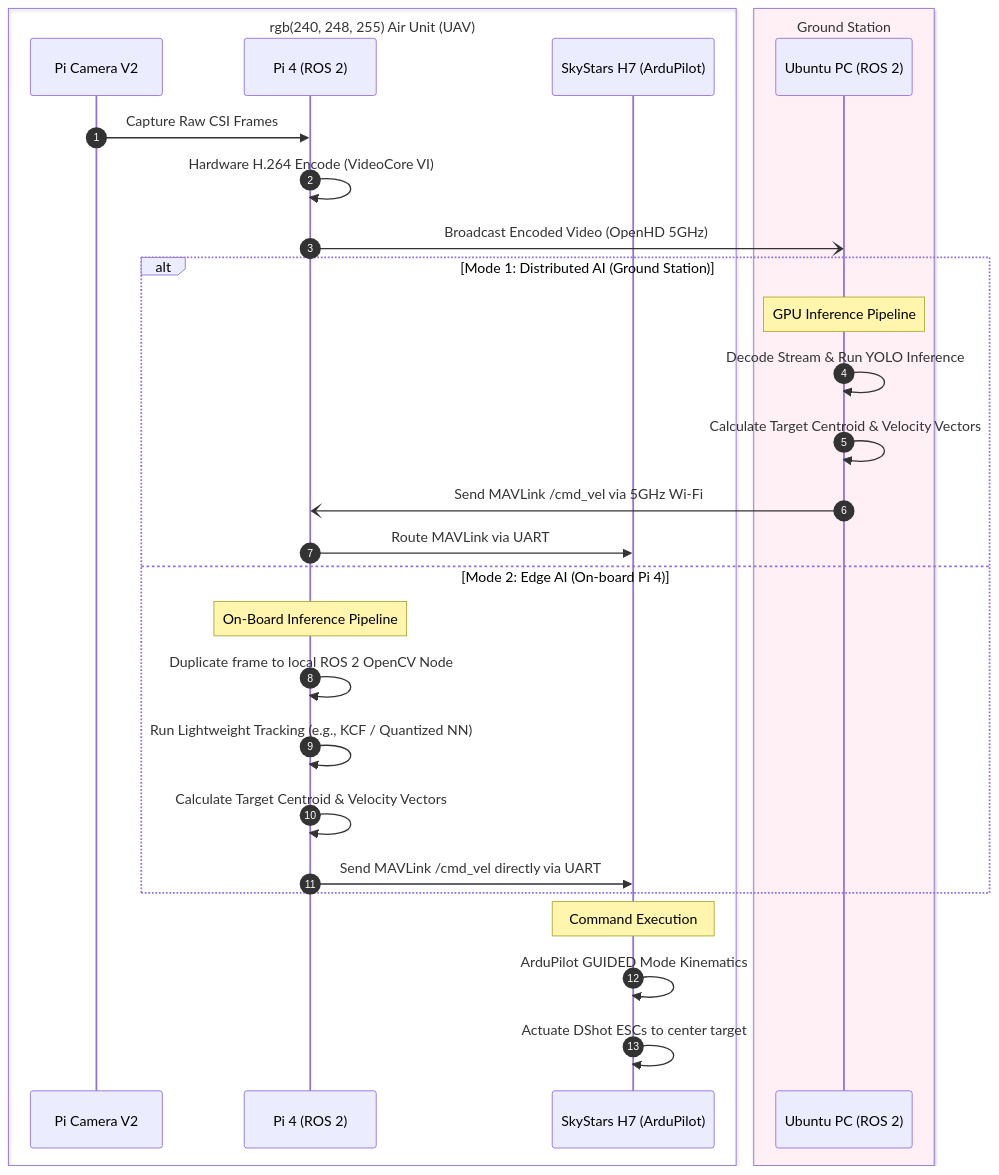
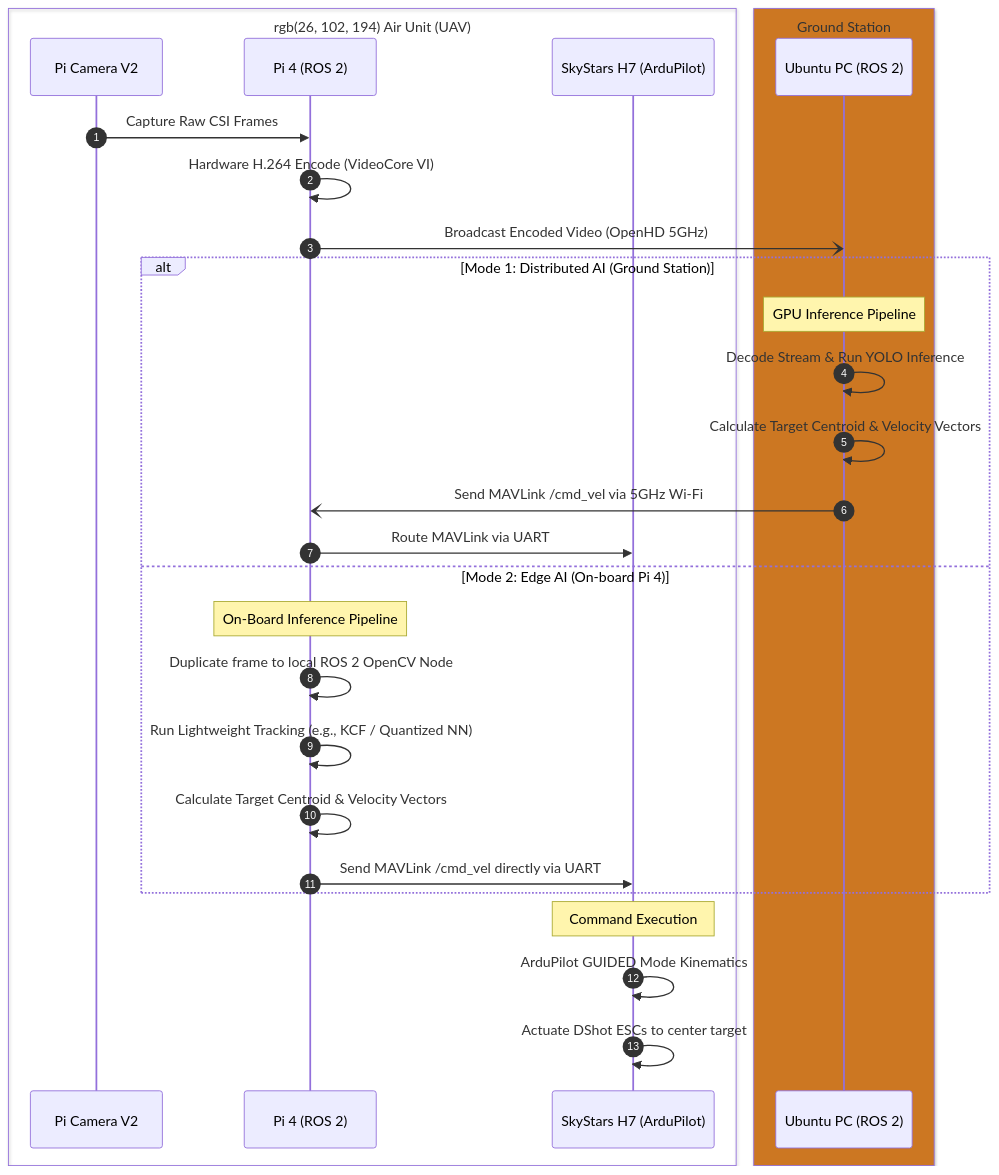
The diagram in docs/Architecture_Diagrams/software_data_flow.md (ironLegion88/Autonomous-UAV), drawn with Mermaid before and after one commit. The commit also changed 10 other files, not shown here.

Commit message:
docs: Improve Mermaid theming contrast

````diff
--- a/docs/Architecture_Diagrams/software_data_flow.md
+++ b/docs/Architecture_Diagrams/software_data_flow.md
@@ -1,40 +1,41 @@
 ```mermaid
+%%{init: {'theme': 'dark', 'themeVariables': {'fontSize': '14px', 'primaryColor': '#1e1e1e', 'primaryTextColor': '#ffffff', 'primaryBorderColor': '#4a9eff', 'lineColor': '#4a9eff', 'tertiaryTextColor': '#000000'}, 'sequenceDiagram': {'useMaxWidth': true, 'actorFontSize': '14px', 'actorBkg':'#1a1a1a', 'actorBorder':'#4a9eff', 'actorTextFill':'#ffffff', 'noteBkgColor':'#2d5a7b', 'noteBorderColor':'#4a9eff', 'noteFontColor': '#ffffff'}}}}%%
 sequenceDiagram
     autonumber
     
-    box rgb(240, 248, 255) Air Unit (UAV)
+    box rgb(26, 102, 194) Air Unit (UAV)
         participant CAM as Pi Camera V2
         participant PI as Pi 4 (ROS 2)
         participant FC as SkyStars H7 (ArduPilot)
     end
     
-    box rgb(255, 240, 245) Ground Station
+    box rgb(204, 119, 34) Ground Station
         participant GS as Ubuntu PC (ROS 2)
     end
 
     %% Base Video Pipeline
     CAM ->> PI: Capture Raw CSI Frames
     PI ->> PI: Hardware H.264 Encode (VideoCore VI)
     PI -) GS: Broadcast Encoded Video (OpenHD 5GHz)
     
     %% Dual-Mode Logic
     alt Mode 1: Distributed AI (Ground Station)
         Note over GS: GPU Inference Pipeline
         GS ->> GS: Decode Stream & Run YOLO Inference
         GS ->> GS: Calculate Target Centroid & Velocity Vectors
         GS -) PI: Send MAVLink /cmd_vel via 5GHz Wi-Fi
         PI ->> FC: Route MAVLink via UART
         
     else Mode 2: Edge AI (On-board Pi 4)
         Note over PI: On-Board Inference Pipeline
         PI ->> PI: Duplicate frame to local ROS 2 OpenCV Node
         PI ->> PI: Run Lightweight Tracking (e.g., KCF / Quantized NN)
         PI ->> PI: Calculate Target Centroid & Velocity Vectors
         PI ->> FC: Send MAVLink /cmd_vel directly via UART
     end
 
     %% Actuation (Same for both modes)
     Note over FC: Command Execution
     FC ->> FC: ArduPilot GUIDED Mode Kinematics
     FC ->> FC: Actuate DShot ESCs to center target
 ```
````
